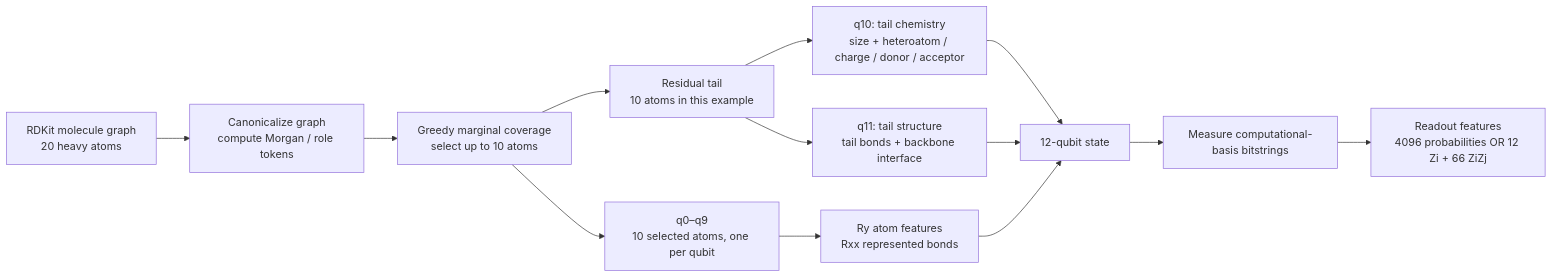
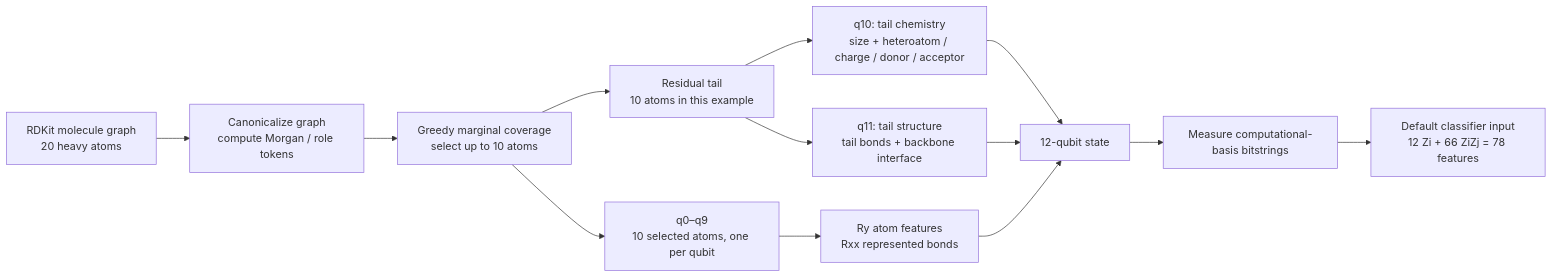
One commit to DanielCondeTorres/Quantum-Feature-Mapping-for-Molecular-Classification changed the first of 2 diagrams in molecular_encoding/README.md. Above: the diagram before and after it, drawn with Mermaid. The commit also changed other lines of this file and 32 other files, not shown here.

Commit message:
Use Zi and ZiZj moments as default classifier readout

````diff
--- a/molecular_encoding/README.md
+++ b/molecular_encoding/README.md
@@ -81,15 +81,15 @@
 ```mermaid
 flowchart LR
     A[RDKit molecule graph<br/>20 heavy atoms] --> B[Canonicalize graph<br/>compute Morgan / role tokens]
     B --> C[Greedy marginal coverage<br/>select up to 10 atoms]
     C --> D[q0–q9<br/>10 selected atoms, one per qubit]
     C --> E[Residual tail<br/>10 atoms in this example]
     E --> F[q10: tail chemistry<br/>size + heteroatom / charge / donor / acceptor]
     E --> G[q11: tail structure<br/>tail bonds + backbone interface]
     D --> H[Ry atom features<br/>Rxx represented bonds]
     F --> I[12-qubit state]
     G --> I
     H --> I
     I --> J[Measure computational-basis bitstrings]
-    J --> K[Readout features<br/>4096 probabilities OR 12 Zi + 66 ZiZj]
+    J --> K[Default classifier input<br/>12 Zi + 66 ZiZj = 78 features]
 ```
````
